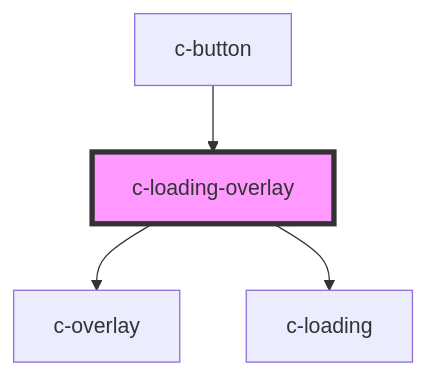
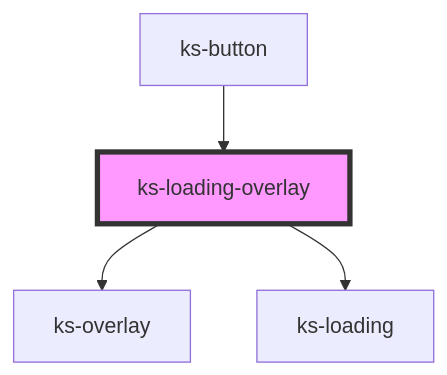
The diagram in src/scripts/components/loading/readme.md (kickstand-ui/kickstand-ui), drawn with Mermaid before and after one commit. The commit also changed other lines of this file and 49 other files, not shown here.

````diff
--- a/src/scripts/components/loading/readme.md
+++ b/src/scripts/components/loading/readme.md
@@ -53,7 +53,7 @@
 ```mermaid
 graph TD;
-  c-loading-overlay --> c-overlay
-  c-loading-overlay --> c-loading
-  c-button --> c-loading-overlay
-  style c-loading-overlay fill:#f9f,stroke:#333,stroke-width:4px
+  ks-loading-overlay --> ks-overlay
+  ks-loading-overlay --> ks-loading
+  ks-button --> ks-loading-overlay
+  style ks-loading-overlay fill:#f9f,stroke:#333,stroke-width:4px
 ```
````
